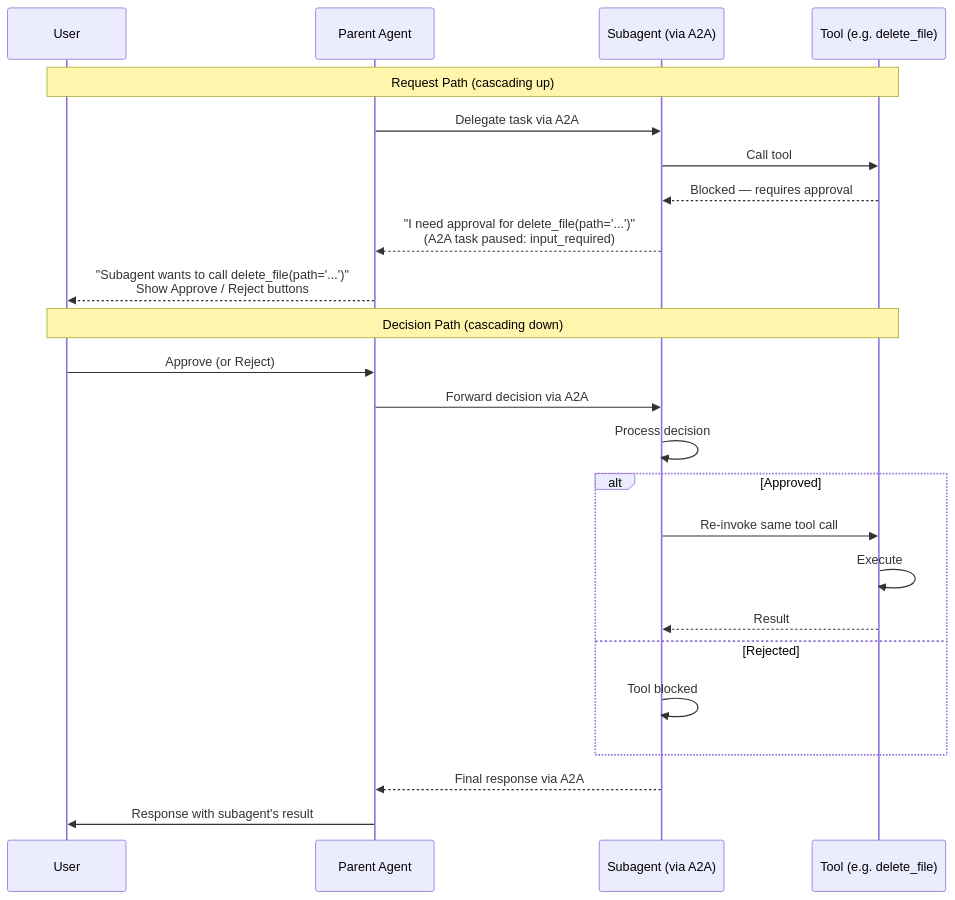
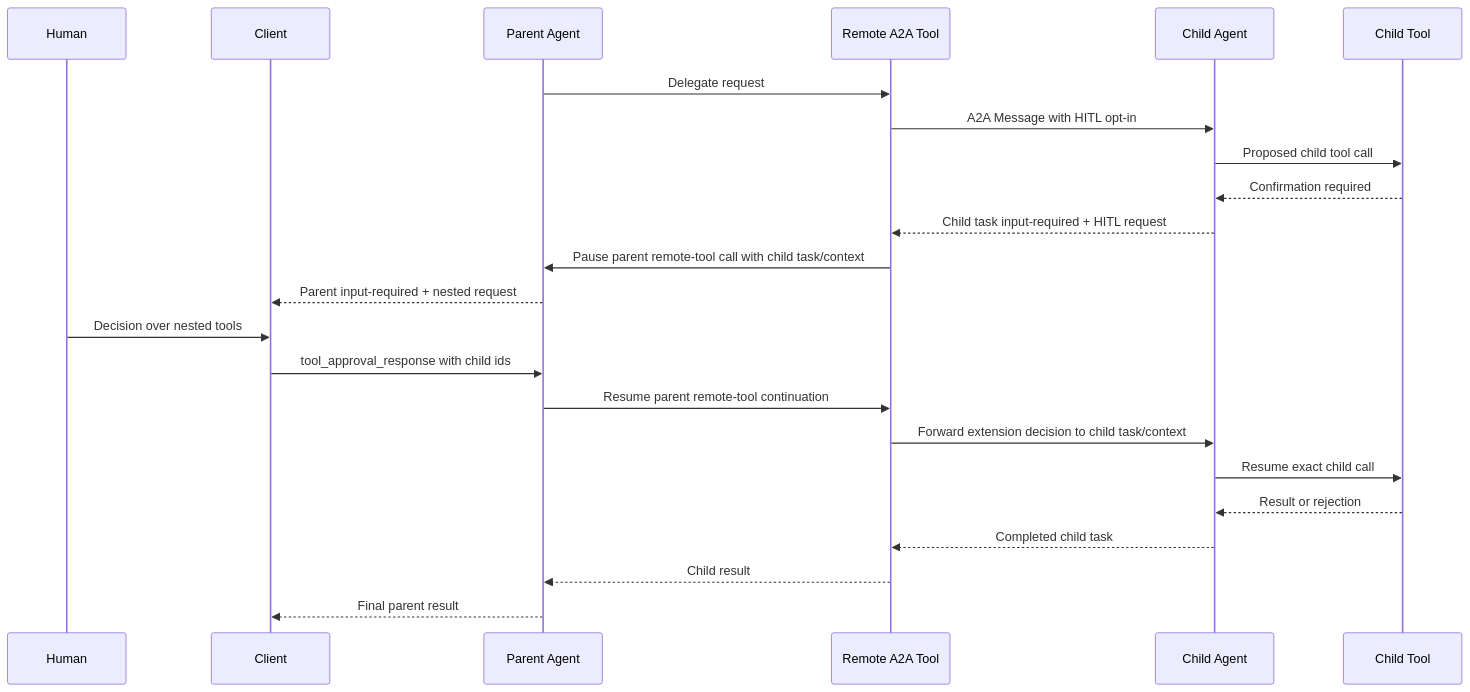
One commit to kagent-dev/kagent changed the second of 2 diagrams in docs/architecture/human-in-the-loop.md. Above: the diagram before and after it, drawn with Mermaid. The commit also changed other lines of this file, not shown here.

Commit message:
updated hitl docs

````diff
--- a/docs/architecture/human-in-the-loop.md
+++ b/docs/architecture/human-in-the-loop.md
@@ -53,30 +405,26 @@
 ```mermaid
 sequenceDiagram
-    participant User as User
+    participant Human
+    participant Client
     participant Parent as Parent Agent
-    participant Sub as Subagent (via A2A)
-    participant Tool as Tool (e.g. delete_file)
+    participant RemoteTool as Remote A2A Tool
+    participant Child as Child Agent
+    participant Tool as Child Tool
 
-    Note over User, Tool: Request Path (cascading up)
-    Parent->>Sub: Delegate task via A2A
-    Sub->>Tool: Call tool
-    Tool-->>Sub: Blocked — requires approval
-    Sub-->>Parent: "I need approval for delete_file(path='...')"<br/>(A2A task paused: input_required)
-    Parent-->>User: "Subagent wants to call delete_file(path='...')"<br/>Show Approve / Reject buttons
-
-    Note over User, Tool: Decision Path (cascading down)
-    User->>Parent: Approve (or Reject)
-    Parent->>Sub: Forward decision via A2A
-    Sub->>Sub: Process decision
-
-    alt Approved
-        Sub->>Tool: Re-invoke same tool call
-        Tool->>Tool: Execute
-        Tool-->>Sub: Result
-    else Rejected
-        Sub->>Sub: Tool blocked
-    end
-
-    Sub-->>Parent: Final response via A2A
-    Parent->>User: Response with subagent's result
+    Parent->>RemoteTool: Delegate request
+    RemoteTool->>Child: A2A Message with HITL opt-in
+    Child->>Tool: Proposed child tool call
+    Tool-->>Child: Confirmation required
+    Child-->>RemoteTool: Child task input-required + HITL request
+    RemoteTool->>Parent: Pause parent remote-tool call with child task/context
+    Parent-->>Client: Parent input-required + nested request
+    Human->>Client: Decision over nested tools
+    Client->>Parent: tool_approval_response with child ids
+    Parent->>RemoteTool: Resume parent remote-tool continuation
+    RemoteTool->>Child: Forward extension decision to child task/context
+    Child->>Tool: Resume exact child call
+    Tool-->>Child: Result or rejection
+    Child-->>RemoteTool: Completed child task
+    RemoteTool-->>Parent: Child result
+    Parent-->>Client: Final parent result
 ```
````
